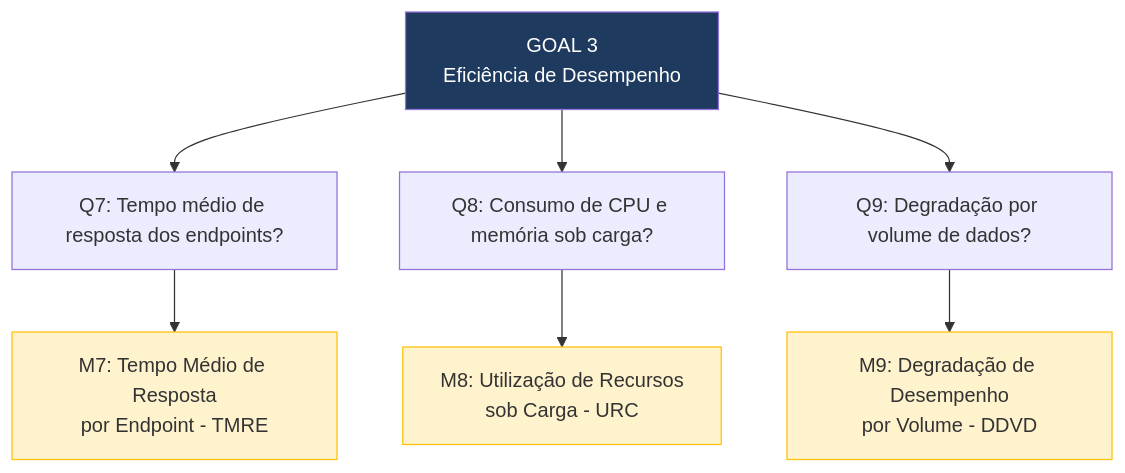
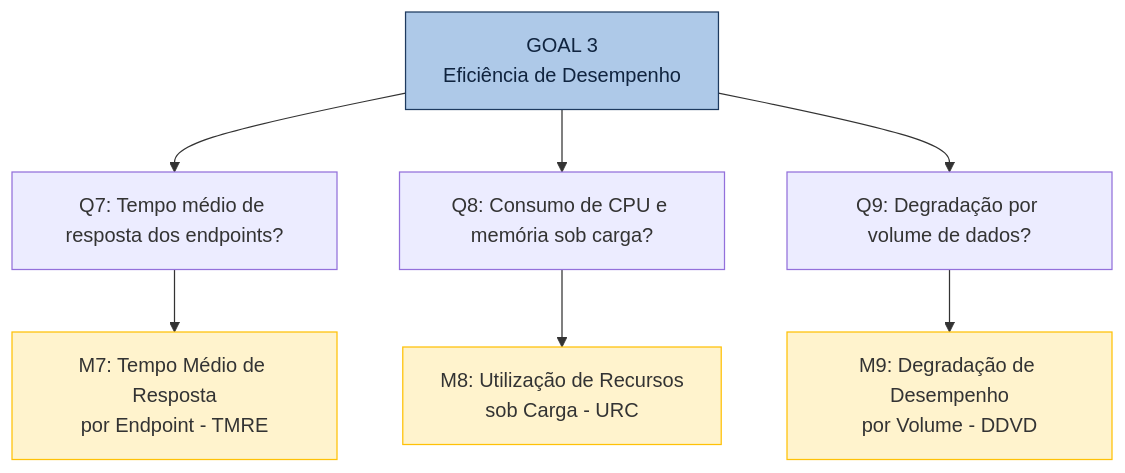
The diagram in docs/fase2/eficiencia_desempenho.md (FCTE-Qualidade-de-Software-1/2026-1_T01_FRANS_BILAS), drawn with Mermaid before and after one commit. The commit also changed 4 other files, not shown here.

Commit message:
feat: Recolore/refatora  os diagramas das fases 1 e 2

````diff
--- a/docs/fase2/eficiencia_desempenho.md
+++ b/docs/fase2/eficiencia_desempenho.md
@@ -24,15 +24,15 @@
 ```mermaid
 graph TD
     G3["GOAL 3<br>Eficiência de Desempenho"]
     G3 --> Q7["Q7: Tempo médio de resposta dos endpoints?"]
     G3 --> Q8["Q8: Consumo de CPU e memória sob carga?"]
     G3 --> Q9["Q9: Degradação por volume de dados?"]
     Q7 --> M7["M7: Tempo Médio de Resposta<br>por Endpoint - TMRE"]
     Q8 --> M8["M8: Utilização de Recursos<br>sob Carga - URC"]
     Q9 --> M9["M9: Degradação de Desempenho<br>por Volume - DDVD"]
 
-    style G3 fill:#1E3A5F,color:#fff
+    style G3 fill:#AEC9E8,stroke:#1E3A5F,color:#10243F
     style M7 fill:#fff3cd,stroke:#ffc107
     style M8 fill:#fff3cd,stroke:#ffc107
     style M9 fill:#fff3cd,stroke:#ffc107
 ```
````
